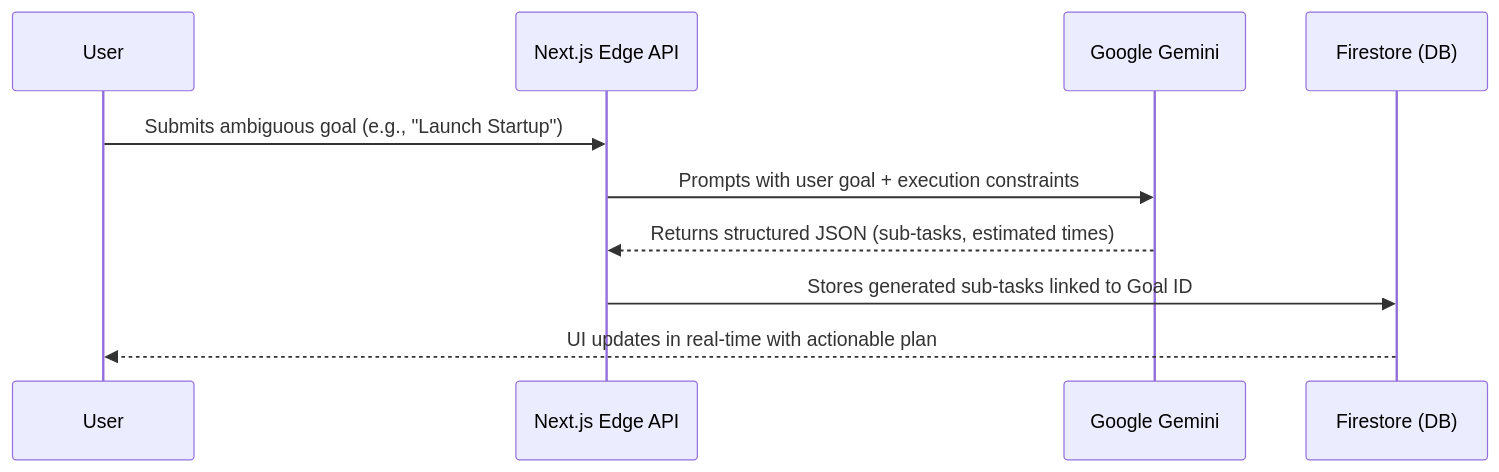
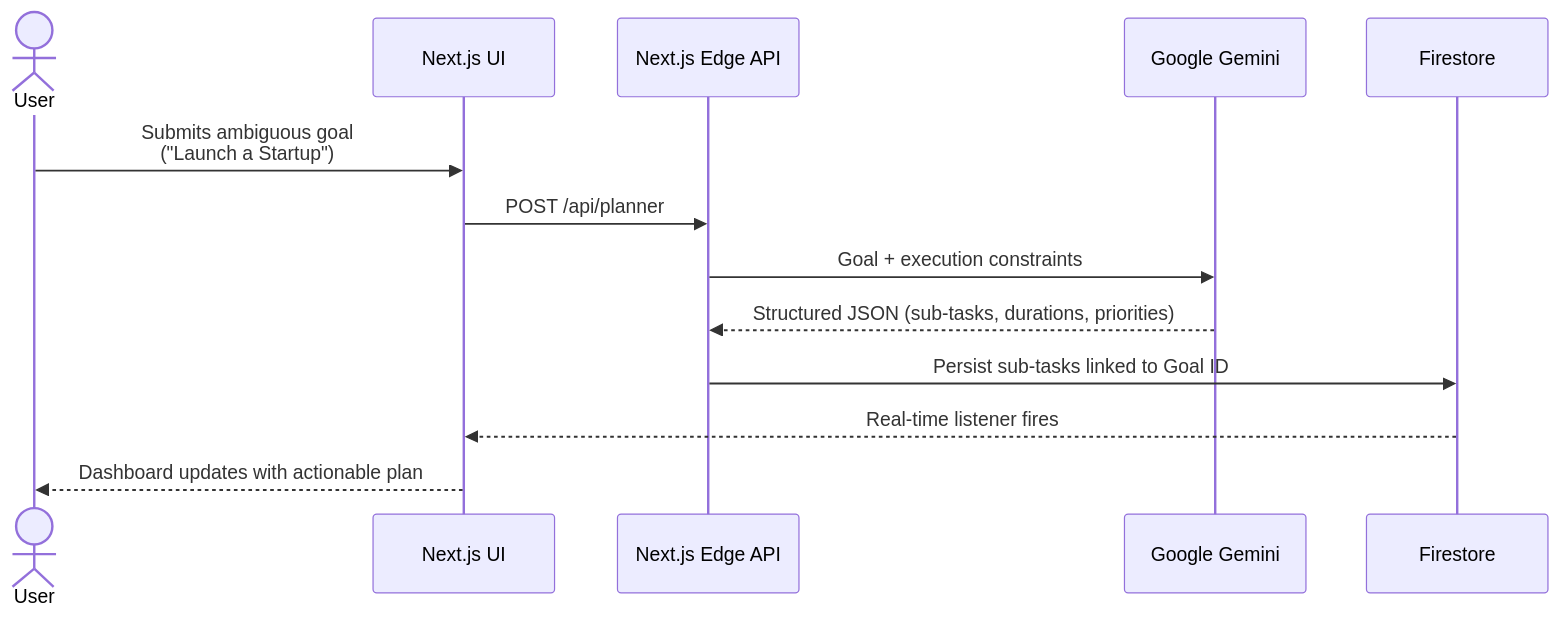
One commit to bitmorphic/planic-ai changed the first of 4 diagrams in README.md. Above: the diagram before and after it, drawn with Mermaid. The commit also changed other lines of this file, not shown here.

````diff
--- a/README.md
+++ b/README.md
@@ -48,13 +58,16 @@
 ```mermaid
 sequenceDiagram
-    participant User
-    participant NextJS as Next.js Edge API
+    actor User
+    participant UI as Next.js UI
+    participant API as Next.js Edge API
     participant Gemini as Google Gemini
-    participant DB as Firestore (DB)
+    participant DB as Firestore
 
-    User->>NextJS: Submits ambiguous goal (e.g., "Launch Startup")
-    NextJS->>Gemini: Prompts with user goal + execution constraints
-    Gemini-->>NextJS: Returns structured JSON (sub-tasks, estimated times)
-    NextJS->>DB: Stores generated sub-tasks linked to Goal ID
-    DB-->>User: UI updates in real-time with actionable plan
+    User->>UI: Submits ambiguous goal<br/>("Launch a Startup")
+    UI->>API: POST /api/planner
+    API->>Gemini: Goal + execution constraints
+    Gemini-->>API: Structured JSON (sub-tasks, durations, priorities)
+    API->>DB: Persist sub-tasks linked to Goal ID
+    DB-->>UI: Real-time listener fires
+    UI-->>User: Dashboard updates with actionable plan
 ```
````
